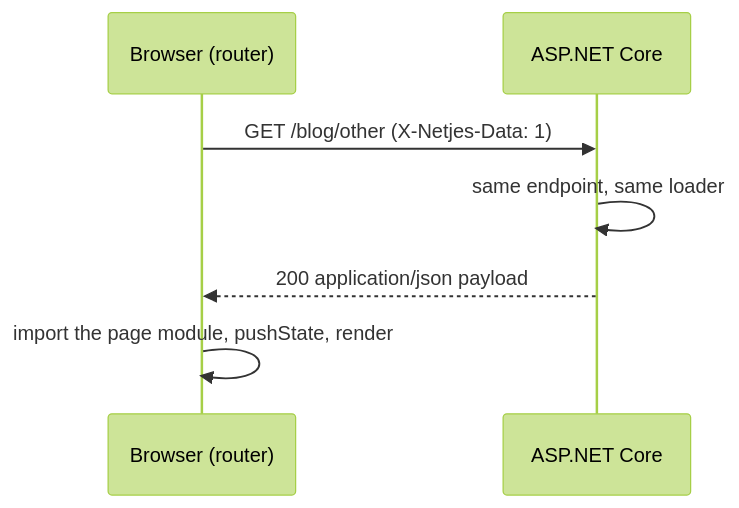
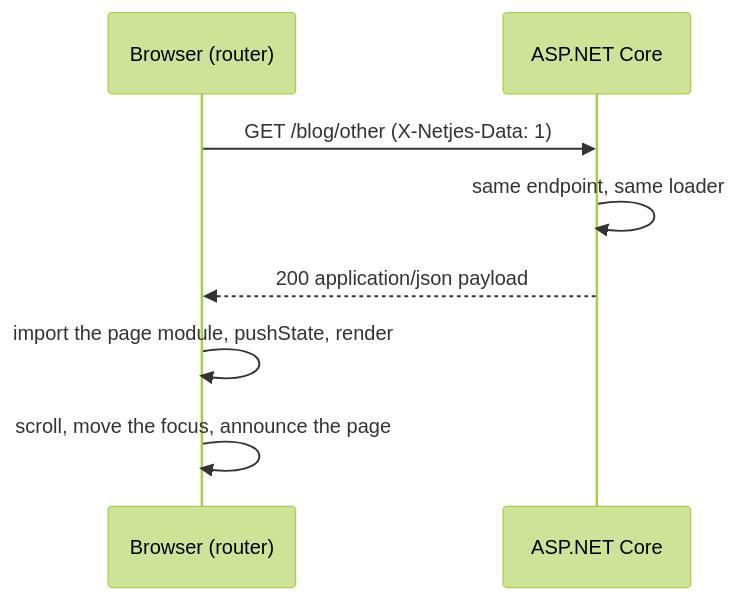
Before and after one commit to DennisVerhoeven/netjes: the third of 5 diagrams in docs/architecture.md, drawn with Mermaid (forest theme).

Commit message:
docs: add the focus and announcement step to the navigation diagram

````diff
--- a/docs/architecture.md
+++ b/docs/architecture.md
@@ -100,9 +100,10 @@
 ```mermaid
 sequenceDiagram
   participant B as Browser (router)
   participant A as ASP.NET Core
   B->>A: GET /blog/other (X-Netjes-Data: 1)
   A->>A: same endpoint, same loader
   A-->>B: 200 application/json payload
   B->>B: import the page module, pushState, render
+  B->>B: scroll, move the focus, announce the page
 ```
````
